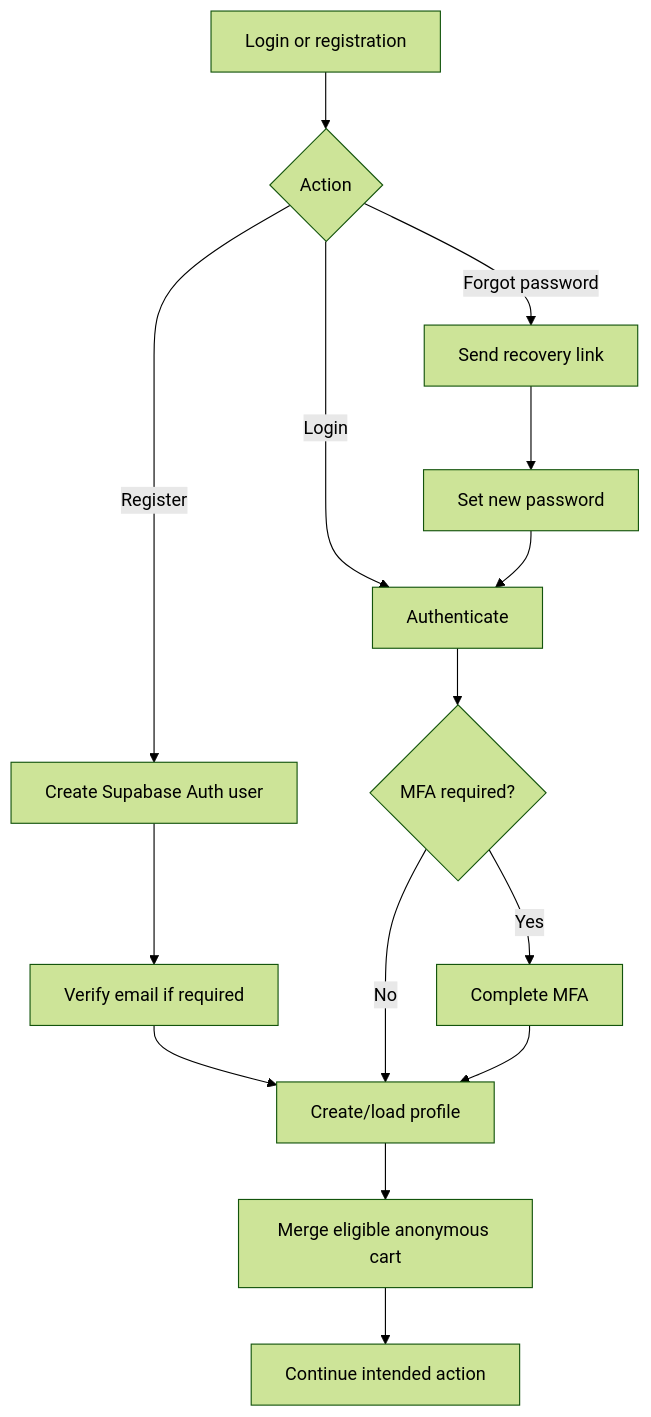
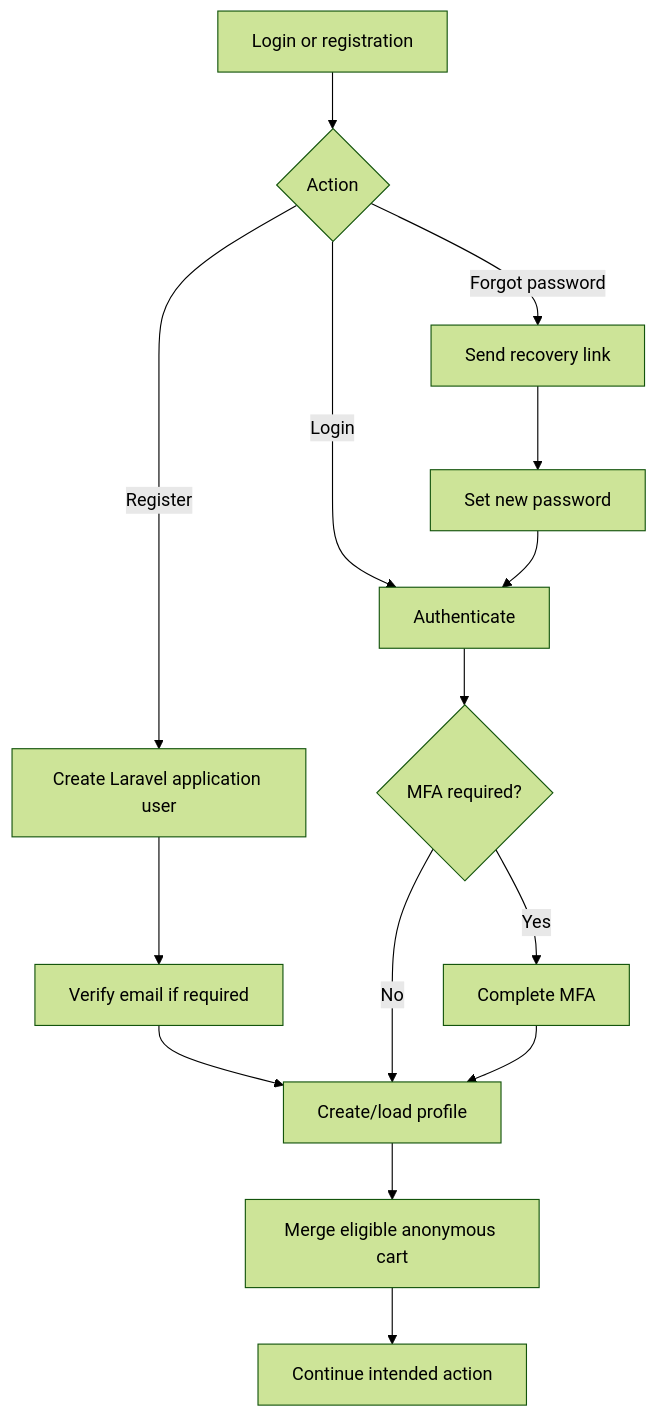
One commit to umairali2/softglam changed the third of 9 diagrams in APPFLOW.md. Above: the diagram before and after it, drawn with Mermaid (forest theme). The commit also changed other lines of this file and 110 other files, not shown here.

First line of the commit message:
Establish Laravel backend and delivery roadmap

````diff
--- a/APPFLOW.md
+++ b/APPFLOW.md
@@ -95,17 +110,17 @@
 ```mermaid
 flowchart TD
   A[Login or registration] --> B{Action}
-  B -->|Register| C[Create Supabase Auth user]
+  B -->|Register| C[Create Laravel application user]
   C --> D[Verify email if required]
   D --> E[Create/load profile]
   B -->|Login| F[Authenticate]
   F --> G{MFA required?}
   G -->|Yes| H[Complete MFA]
   G -->|No| E
   H --> E
   B -->|Forgot password| I[Send recovery link]
   I --> J[Set new password]
   J --> F
   E --> K[Merge eligible anonymous cart]
   K --> L[Continue intended action]
 ```
````
